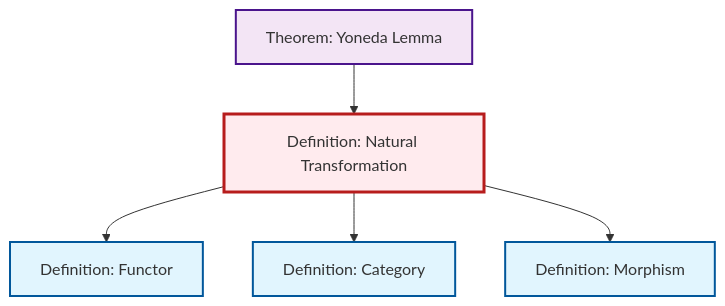
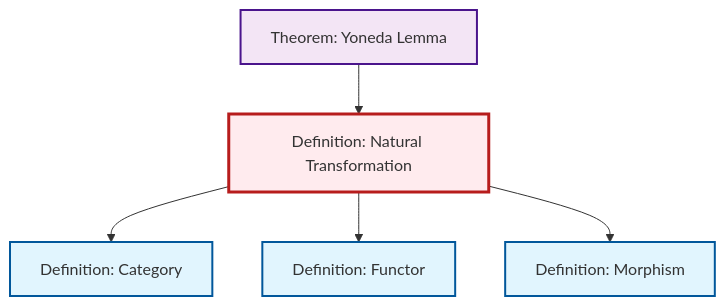
Before and after one commit to RK0429/ModernMath: the diagram in output/mermaid/def-natural-transformation.mermaid, drawn with Mermaid. The commit also changed other lines of this file and 1312 other files, not shown here.

```diff
--- a/output/mermaid/def-natural-transformation.mermaid
+++ b/output/mermaid/def-natural-transformation.mermaid
@@ -1,17 +1,17 @@
 %%| fig-cap: "Local dependency graph"
 graph TD
     classDef definition fill:#e1f5fe,stroke:#01579b,stroke-width:2px
     classDef theorem fill:#f3e5f5,stroke:#4a148c,stroke-width:2px
     classDef axiom fill:#fff3e0,stroke:#e65100,stroke-width:2px
     classDef example fill:#e8f5e9,stroke:#1b5e20,stroke-width:2px
     classDef current fill:#ffebee,stroke:#b71c1c,stroke-width:3px
     def-functor["Definition: Functor"]:::definition
-    def-natural-transformation["Definition: Natural Transformation"]:::definition
+    thm-yoneda["Theorem: Yoneda Lemma"]:::theorem
     def-morphism["Definition: Morphism"]:::definition
     def-category["Definition: Category"]:::definition
-    thm-yoneda["Theorem: Yoneda Lemma"]:::theorem
+    def-natural-transformation["Definition: Natural Transformation"]:::definition
+    def-natural-transformation --> def-category
     def-natural-transformation --> def-functor
-    def-natural-transformation --> def-category
+    def-natural-transformation --> def-morphism
     thm-yoneda --> def-natural-transformation
-    def-natural-transformation --> def-morphism
     class def-natural-transformation current
```
